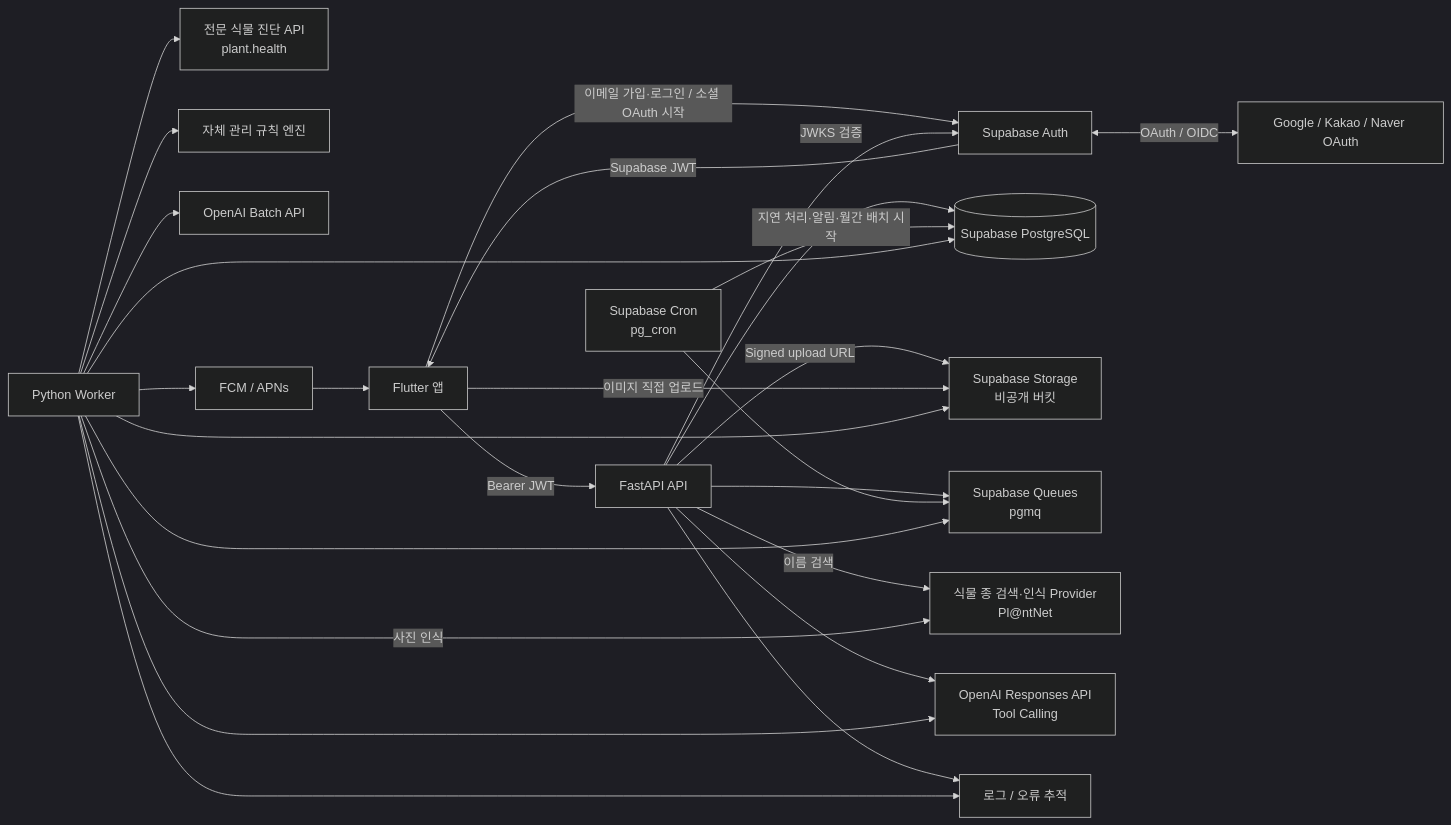
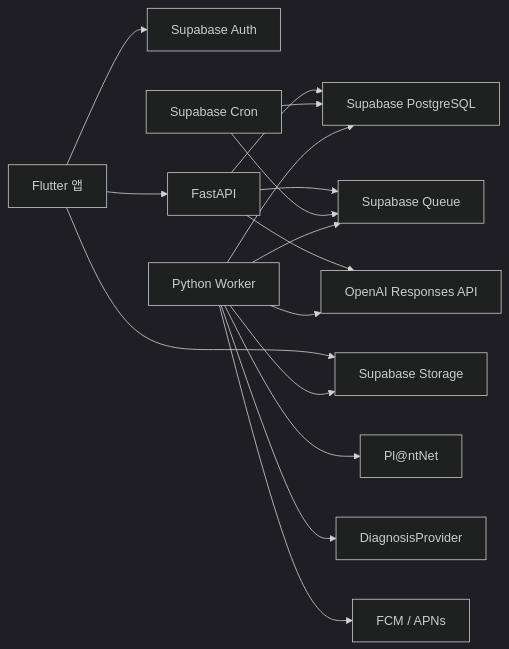
One commit to YuEngMe/Leafie changed the first of 2 diagrams in docs/architecture.md. Above: the diagram before and after it, drawn with Mermaid (dark theme). The commit also changed other lines of this file and 28 other files, not shown here.

````diff
--- a/docs/architecture.md
+++ b/docs/architecture.md
@@ -21,45 +16,18 @@
 ```mermaid
 flowchart LR
-    APP["Flutter 앱"]
-    OAUTH["Google / Kakao / Naver OAuth"]
-    AUTH["Supabase Auth"]
-    API["FastAPI API"]
-    DB[("Supabase PostgreSQL")]
-    STORAGE["Supabase Storage<br/>비공개 버킷"]
-    QUEUE["Supabase Queues<br/>pgmq"]
-    CRON["Supabase Cron<br/>pg_cron"]
-    WORKER["Python Worker"]
-    SPECIES["식물 종 검색·인식 Provider<br/>Pl@ntNet"]
-    HEALTH["전문 식물 진단 API<br/>plant.health"]
-    RULES["자체 관리 규칙 엔진"]
-    RESPONSES["OpenAI Responses API<br/>Tool Calling"]
-    BATCH["OpenAI Batch API"]
-    PUSH["FCM / APNs"]
-    OBS["로그 / 오류 추적"]
-
-    APP -->|"이메일 가입·로그인 / 소셜 OAuth 시작"| AUTH
-    AUTH <-->|"OAuth / OIDC"| OAUTH
-    AUTH -->|"Supabase JWT"| APP
-    APP -->|"Bearer JWT"| API
-    API -->|"JWKS 검증"| AUTH
-    API --> DB
-    API -->|"Signed upload URL"| STORAGE
-    APP -->|"이미지 직접 업로드"| STORAGE
-    API --> QUEUE
-    CRON -->|"지연 처리·알림·월간 배치 시작"| DB
+    APP["Flutter 앱"] --> AUTH["Supabase Auth"]
+    APP --> API["FastAPI"]
+    APP --> STORAGE["Supabase Storage"]
+    API --> DB["Supabase PostgreSQL"]
+    API --> QUEUE["Supabase Queue"]
+    CRON["Supabase Cron"] --> DB
     CRON --> QUEUE
-    WORKER --> QUEUE
+    WORKER["Python Worker"] --> QUEUE
     WORKER --> DB
     WORKER --> STORAGE
-    API -->|"이름 검색"| SPECIES
-    WORKER -->|"사진 인식"| SPECIES
-    WORKER --> HEALTH
-    WORKER --> RULES
-    API --> RESPONSES
-    WORKER --> RESPONSES
-    WORKER --> BATCH
-    WORKER --> PUSH
-    API --> OBS
-    WORKER --> OBS
-    PUSH --> APP
+    WORKER --> PLANTNET["Pl@ntNet"]
+    WORKER --> HEALTH["DiagnosisProvider"]
+    API --> OPENAI["OpenAI Responses API"]
+    WORKER --> OPENAI
+    WORKER --> PUSH["FCM / APNs"]
 ```
````
